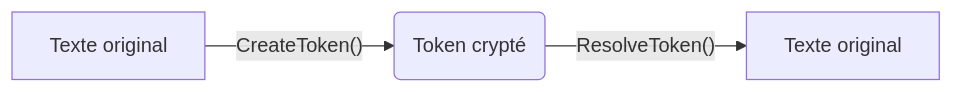
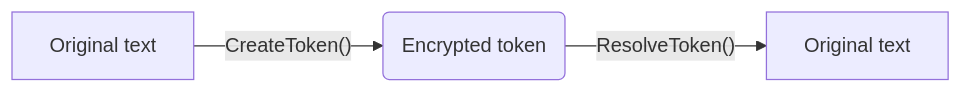
One commit to yhodamaruu/me.tokenizer changed the diagram in README.md. Above: the diagram before and after it, drawn with Mermaid. The commit also changed other lines of this file, not shown here.

````diff
--- a/README.md
+++ b/README.md
@@ -30,5 +31,5 @@
 ```mermaid
 graph LR
-    A[Texte original] -->|"CreateToken()"| B(Token crypté)
-    B -->|"ResolveToken()"| C[Texte original]
+A[Original text] -->|"CreateToken()"| B(Encrypted token)
+B -->|"ResolveToken()"| C[Original text]
 ```
````
